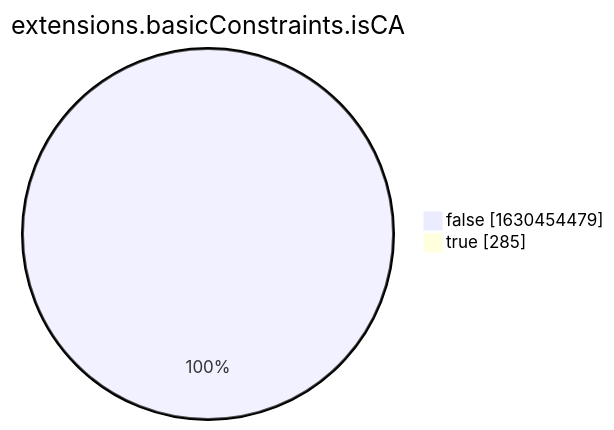
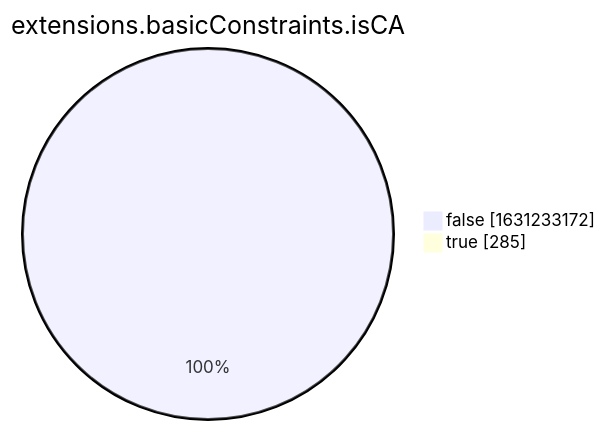
The eighth of 15 diagrams in xenon2022/README.md (christiankrug/ctmonitor_visualization), drawn with Mermaid before and after one commit. The commit also changed other lines of this file, not shown here.

````diff
--- a/xenon2022/README.md
+++ b/xenon2022/README.md
@@ -2863,6 +2863,6 @@
 ```mermaid
 pie showData
 title extensions.basicConstraints.isCA
-"false" :1630454479
+"false" :1631233172
 "true" :285
 ```
````
